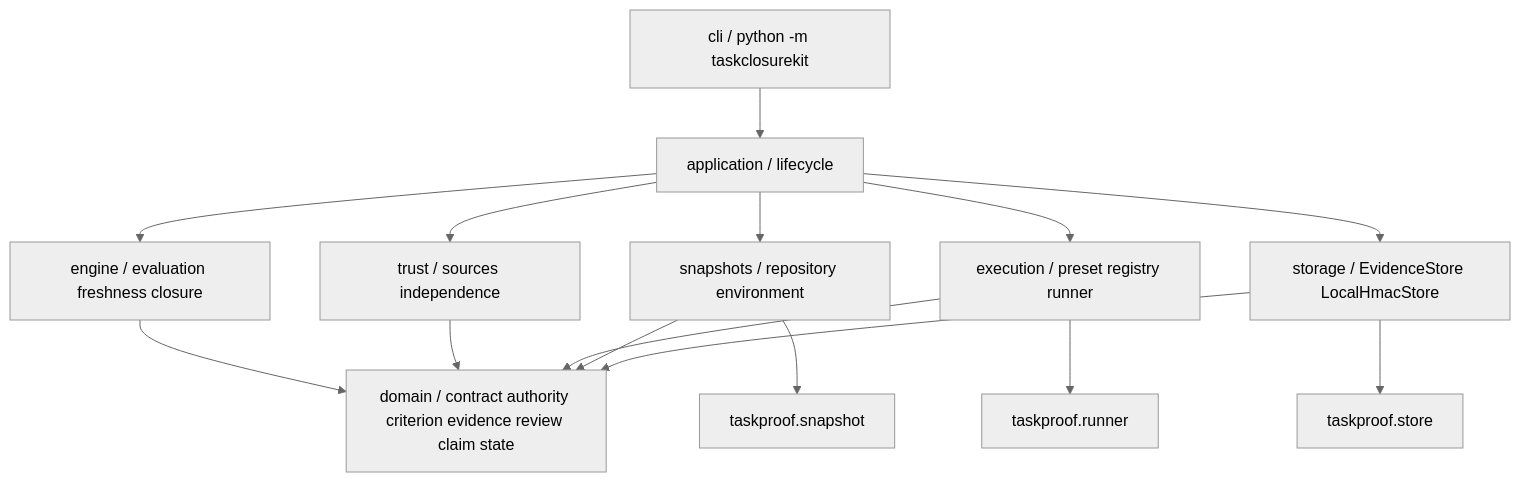
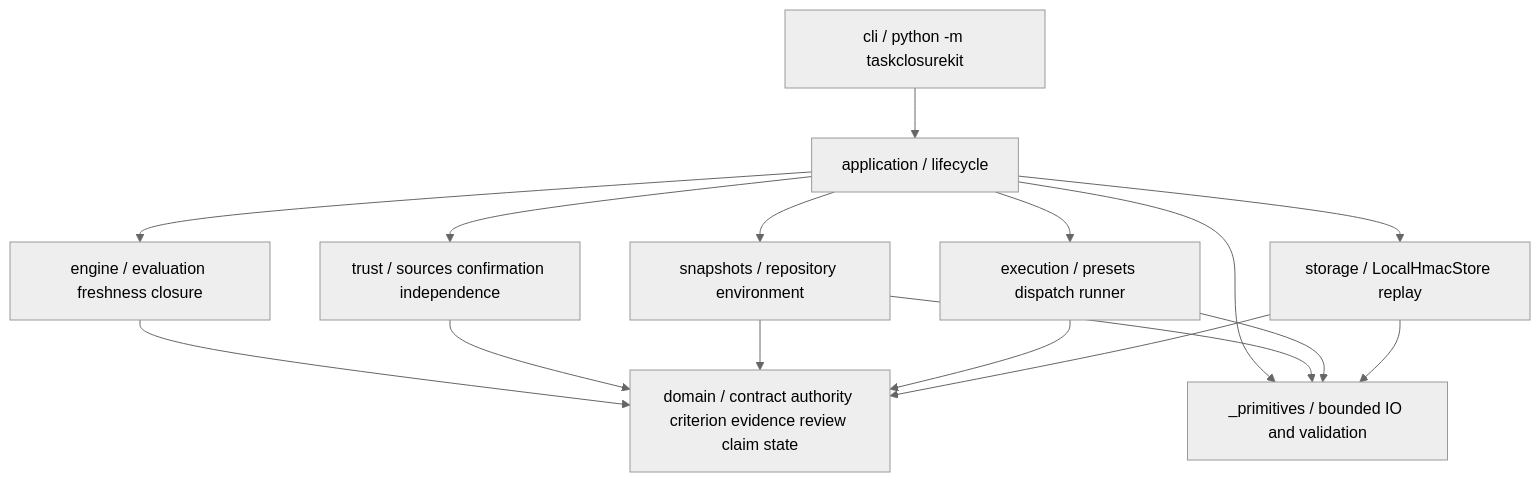
Before and after one commit to Karikatun/taskclosurekit: the diagram in docs/ARCHITECTURE_V2.md, drawn with Mermaid (neutral theme). The commit also changed other lines of this file and 35 other files, not shown here.

````diff
--- a/docs/ARCHITECTURE_V2.md
+++ b/docs/ARCHITECTURE_V2.md
@@ -11,17 +5,18 @@
 ```mermaid
 flowchart TD
     CLI[cli / python -m taskclosurekit] --> APP[application / lifecycle]
     APP --> ENGINE[engine / evaluation freshness closure]
     ENGINE --> DOMAIN[domain / contract authority criterion evidence review claim state]
     APP --> SNAP[snapshots / repository environment]
-    APP --> EXEC[execution / preset registry runner]
-    APP --> TRUST[trust / sources independence]
-    APP --> STORE[storage / EvidenceStore LocalHmacStore]
-    SNAP --> LEGACY_SNAP[taskproof.snapshot]
-    EXEC --> LEGACY_RUN[taskproof.runner]
-    STORE --> LEGACY_STORE[taskproof.store]
+    APP --> EXEC[execution / presets dispatch runner]
+    APP --> TRUST[trust / sources confirmation independence]
+    APP --> STORE[storage / LocalHmacStore replay]
+    APP --> PRIVATE[_primitives / bounded IO and validation]
+    SNAP --> PRIVATE
+    EXEC --> PRIVATE
+    STORE --> PRIVATE
     TRUST --> DOMAIN
+    SNAP --> DOMAIN
     EXEC --> DOMAIN
-    SNAP --> DOMAIN
     STORE --> DOMAIN
 ```
````
